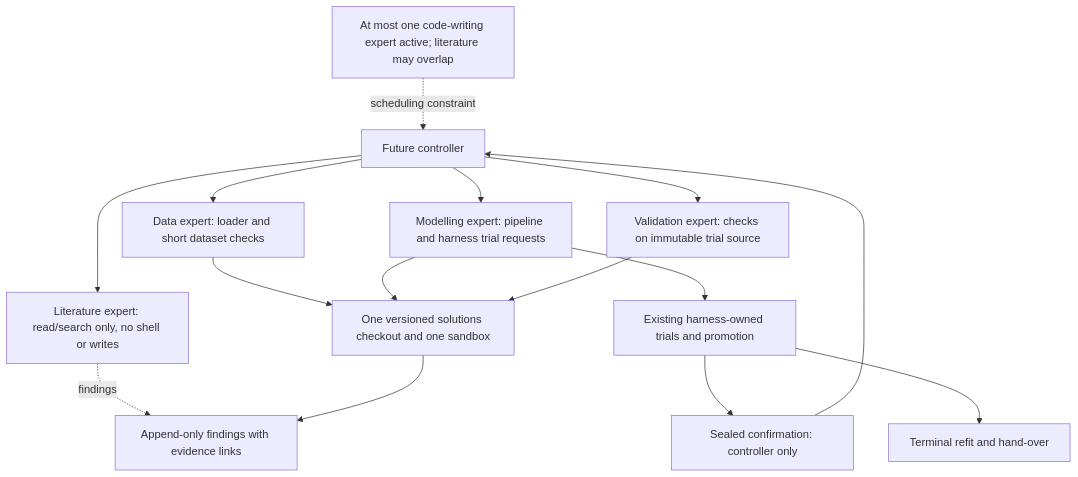
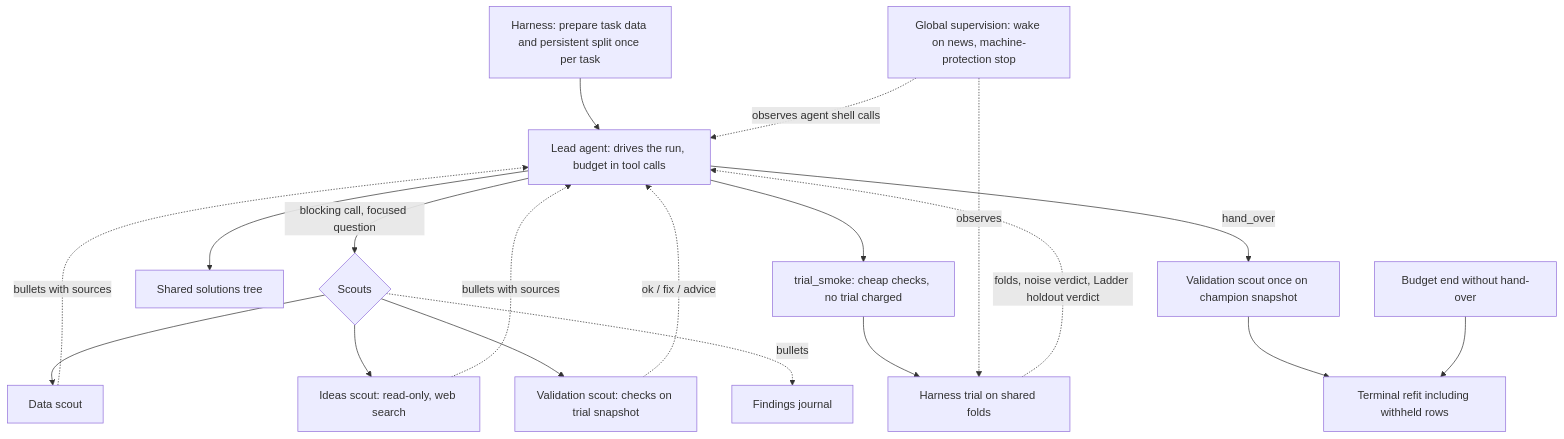
The sixth of 6 diagrams in docs/architecture.md (nicobrauchtgit/auto-smart-lab), drawn with Mermaid before and after one commit. The commit also changed other lines of this file and 62 other files, not shown here.

First line of the commit message:
Adopt the v2 plan: one lead agent with blocking scouts

````diff
--- a/docs/architecture.md
+++ b/docs/architecture.md
@@ -152,17 +153,21 @@
 ```mermaid
 flowchart TD
-    O[Future controller] --> D[Data expert: loader and short dataset checks]
-    O --> L[Literature expert: read/search only, no shell or writes]
-    O --> M[Modelling expert: pipeline and harness trial requests]
-    O --> V[Validation expert: checks on immutable trial source]
-    D --> WS[One versioned solutions checkout and one sandbox]
-    M --> WS
-    V --> WS
-    L -. findings .-> J[Append-only findings with evidence links]
-    WS --> J
-    M --> TR[Existing harness-owned trials and promotion]
-    TR --> SC[Sealed confirmation: controller only]
-    SC --> O
-    TR --> RF[Terminal refit and hand-over]
-    RULE[At most one code-writing expert active; literature may overlap] -. scheduling constraint .-> O
+    H[Harness: prepare task data and persistent split once per task] --> L[Lead agent: drives the run, budget in tool calls]
+    L -->|blocking call, focused question| S{Scouts}
+    S --> SD[Data scout]
+    S --> SI[Ideas scout: read-only, web search]
+    S --> SV[Validation scout: checks on trial snapshot]
+    SD -. bullets with sources .-> L
+    SI -. bullets with sources .-> L
+    SV -. ok / fix / advice .-> L
+    S -. bullets .-> J[Findings journal]
+    L --> WS[Shared solutions tree]
+    L --> SM[trial_smoke: cheap checks, no trial charged]
+    SM --> T[Harness trial on shared folds]
+    T -. folds, noise verdict, Ladder holdout verdict .-> L
+    SUP[Global supervision: wake on news, machine-protection stop] -. observes .-> T
+    SUP -. observes agent shell calls .-> L
+    L -->|hand_over| HV[Validation scout once on champion snapshot]
+    HV --> RF[Terminal refit including withheld rows]
+    B[Budget end without hand-over] --> RF
 ```
````
